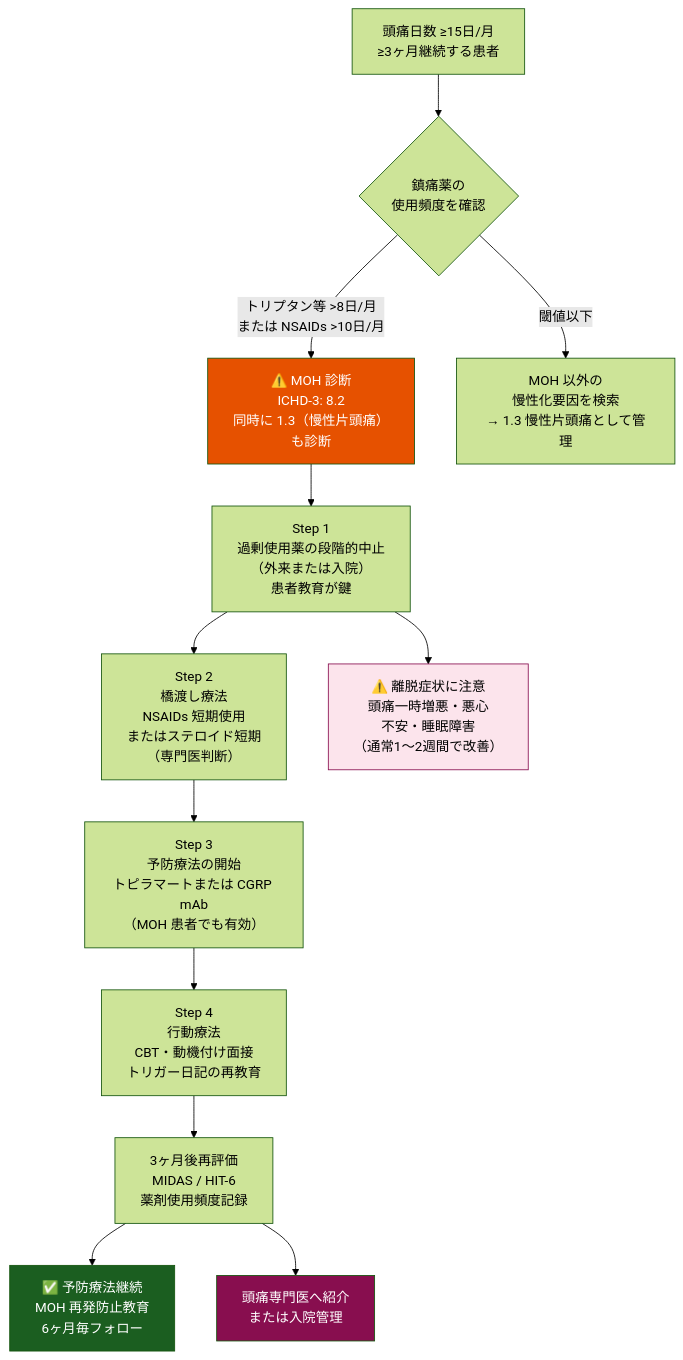
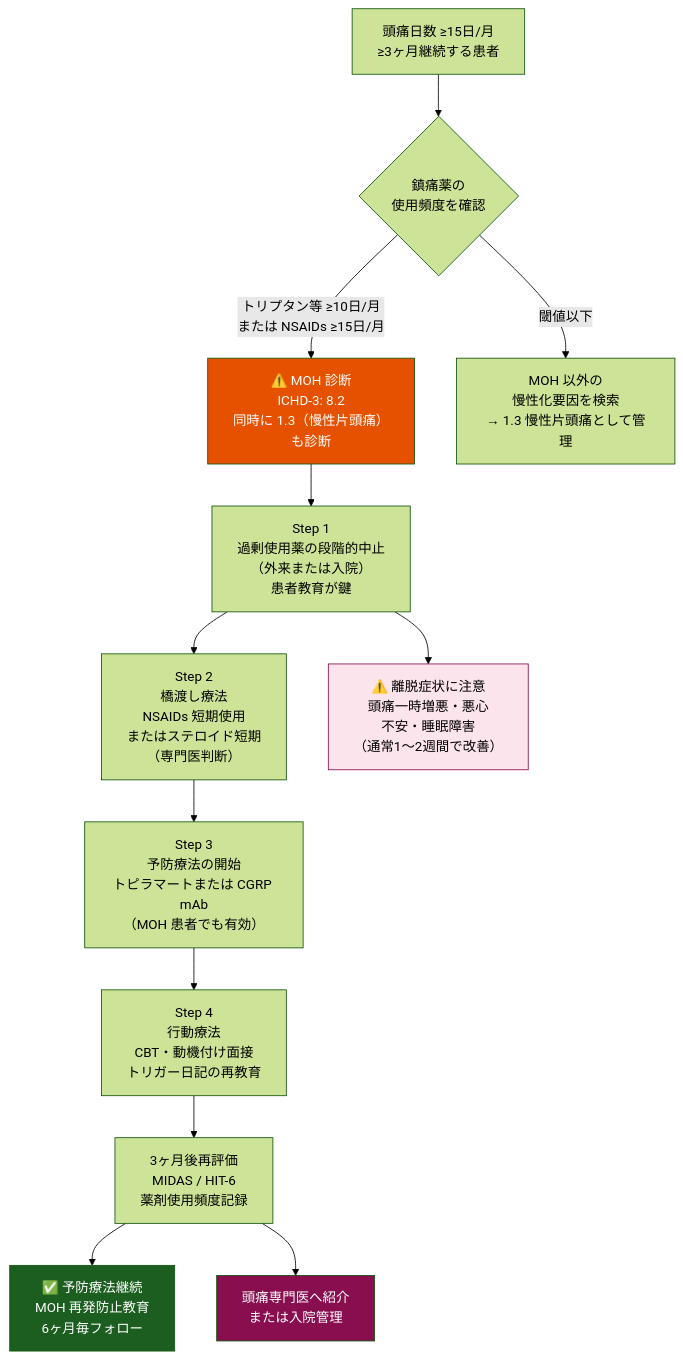
The tenth of 10 diagrams in Types-of-headache/md-files/Headaches/Migraine.md (myoshi2891/Medical-Studies), drawn with Mermaid (forest theme) before and after one commit. The commit also changed other lines of this file and 7 other files, not shown here.

````diff
--- a/Types-of-headache/md-files/Headaches/Migraine.md
+++ b/Types-of-headache/md-files/Headaches/Migraine.md
@@ -713,35 +713,35 @@
 ```mermaid
 flowchart TD
     A["頭痛日数 ≥15日/月\n≥3ヶ月継続する患者"]
     B{"鎮痛薬の\n使用頻度を確認"}
     C["⚠️ MOH 診断\nICHD-3: 8.2\n同時に 1.3（慢性片頭痛）\nも診断"]
     D["MOH 以外の\n慢性化要因を検索\n→ 1.3 慢性片頭痛として管理"]
 
     Step1["Step 1\n過剰使用薬の段階的中止\n（外来または入院）\n患者教育が鍵"]
     Step2["Step 2\n橋渡し療法\nNSAIDs 短期使用\nまたはステロイド短期\n（専門医判断）"]
     Step3["Step 3\n予防療法の開始\nトピラマートまたは CGRP mAb\n（MOH 患者でも有効）"]
     Step4["Step 4\n行動療法\nCBT・動機付け面接\nトリガー日記の再教育"]
 
     Withdrawal["⚠️ 離脱症状に注意\n頭痛一時増悪・悪心\n不安・睡眠障害\n（通常1〜2週間で改善）"]
 
     Eval["3ヶ月後再評価\nMIDAS / HIT-6\n薬剤使用頻度記録"]
     Success["✅ 予防療法継続\nMOH 再発防止教育\n6ヶ月毎フォロー"]
     Refer["頭痛専門医へ紹介\nまたは入院管理"]
 
     A --> B
-    B -- "トリプタン等 >8日/月\nまたは NSAIDs >10日/月" --> C
+    B -- "トリプタン等 ≥10日/月\nまたは NSAIDs ≥15日/月" --> C
     B -- "閾値以下" --> D
     C --> Step1
     Step1 --> Step2
     Step2 --> Step3
     Step3 --> Step4
     Step1 --> Withdrawal
     Step4 --> Eval
     Eval --> Success
     Eval --> Refer
 
     style C fill:#e65100,color:#ffffff
     style Withdrawal fill:#fce4ec,stroke:#880e4f
     style Success fill:#1b5e20,color:#ffffff
     style Refer fill:#880e4f,color:#ffffff
 ```
````
